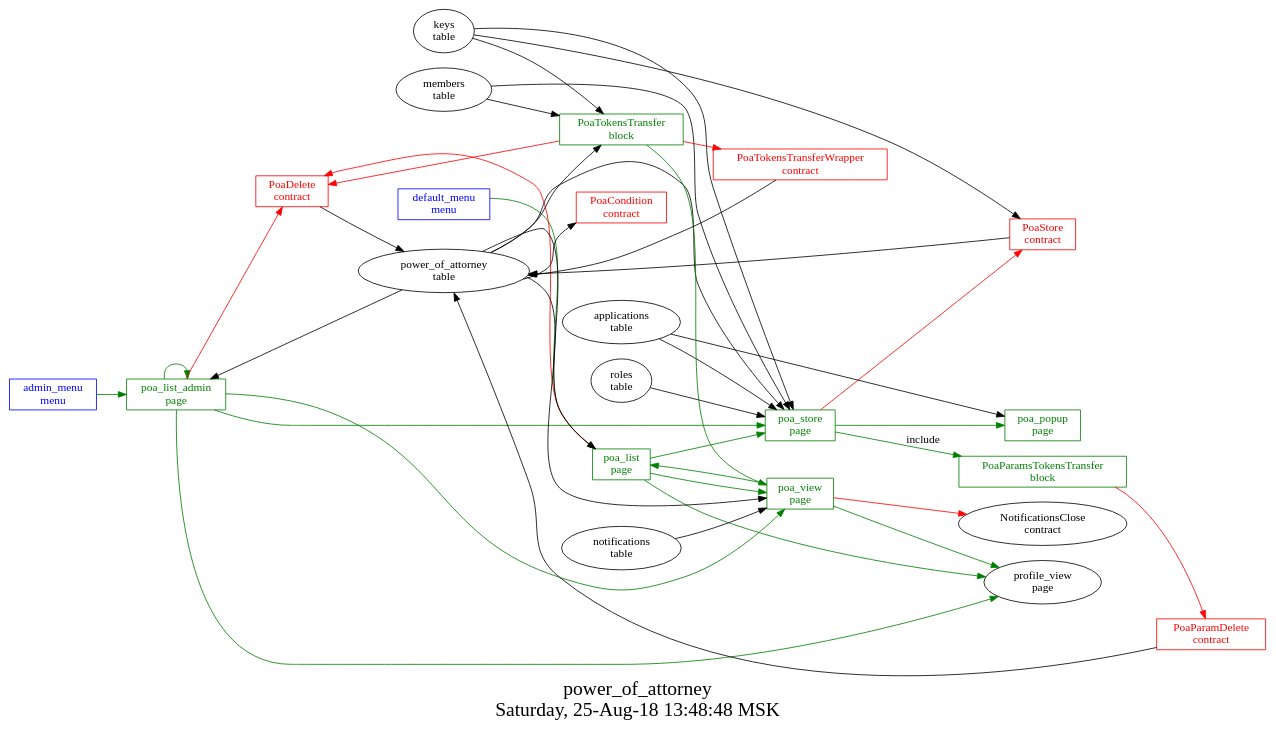
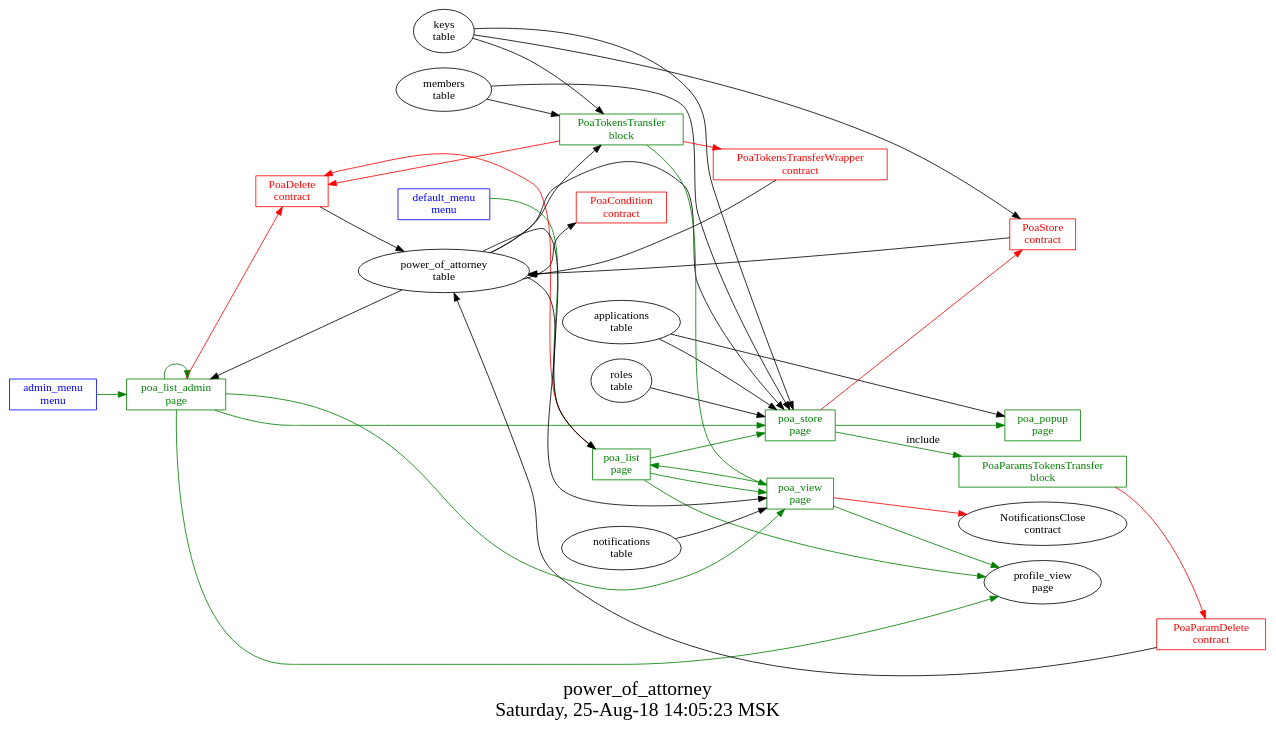
Before and after one commit to AlexZeDim/apps: the diagram in src/power_of_attorney/struct.dot, drawn with Graphviz. The commit also changed 2 other files, not shown here.

```diff
--- a/src/power_of_attorney/struct.dot
+++ b/src/power_of_attorney/struct.dot
@@ -1,65 +1,65 @@
 digraph G {
 graph [
   fontsize="24";
-  label="power_of_attorney\nSaturday, 25-Aug-18 13:48:48 MSK";
+  label="power_of_attorney\nSaturday, 25-Aug-18 14:05:23 MSK";
   nojustify=true;
   ordering=out;
   rankdir=LR;
   size="30";
 ];
 "admin_menu\nmenu" -> "poa_list_admin\npage"  [ color=green ]
 "admin_menu\nmenu" [color=blue, fontcolor=blue, group=menus, shape=record];
 "default_menu\nmenu" -> "poa_list\npage"  [ color=green ]
 "default_menu\nmenu" [color=blue, fontcolor=blue, group=menus, shape=record];
 "poa_list\npage" -> "PoaDelete\ncontract"  [ color=red ]
 "power_of_attorney\ntable" -> "poa_list\npage"
 "poa_list\npage" -> "poa_store\npage"  [ color=green ]
 "poa_list\npage" -> "poa_view\npage"  [ color=green ]
 "poa_list\npage" -> "profile_view\npage"  [ color=green ]
 "poa_list\npage" [color=green, fontcolor=green, group=pages, shape=record];
 "poa_list_admin\npage" -> "PoaDelete\ncontract"  [ color=red ]
 "power_of_attorney\ntable" -> "poa_list_admin\npage"
 "poa_list_admin\npage" -> "poa_view\npage"  [ color=green ]
 "poa_list_admin\npage" -> "poa_store\npage"  [ color=green ]
 "poa_list_admin\npage" -> "profile_view\npage"  [ color=green ]
 "poa_list_admin\npage" -> "poa_list_admin\npage"  [ color=green ]
 "poa_list_admin\npage" [color=green, fontcolor=green, group=pages, shape=record];
 "applications\ntable" -> "poa_popup\npage"
 "poa_popup\npage" [color=green, fontcolor=green, group=pages, shape=record];
 "poa_store\npage" -> "PoaStore\ncontract"  [ color=red ]
 "applications\ntable" -> "poa_store\npage"
 "roles\ntable" -> "poa_store\npage"
 "keys\ntable" -> "poa_store\npage"
 "members\ntable" -> "poa_store\npage"
 "power_of_attorney\ntable" -> "poa_store\npage"
 "poa_store\npage" -> "poa_popup\npage"  [ color=green ]
 "poa_store\npage" -> "PoaParamsTokensTransfer\nblock"  [ color=green, label=include ]
 "poa_store\npage" [color=green, fontcolor=green, group=pages, shape=record];
 "poa_view\npage" -> "NotificationsClose\ncontract"  [ color=red ]
 "notifications\ntable" -> "poa_view\npage"
 "power_of_attorney\ntable" -> "poa_view\npage"
 "poa_view\npage" -> "poa_list\npage"  [ color=green ]
 "poa_view\npage" -> "profile_view\npage"  [ color=green ]
 "poa_view\npage" [color=green, fontcolor=green, group=pages, shape=record];
 "PoaParamsTokensTransfer\nblock" -> "PoaParamDelete\ncontract"  [ color=red ]
 "PoaParamsTokensTransfer\nblock" [color=green, fontcolor=green, group=blocks, shape=record];
 "PoaTokensTransfer\nblock" -> "PoaTokensTransferWrapper\ncontract"  [ color=red ]
 "PoaTokensTransfer\nblock" -> "PoaDelete\ncontract"  [ color=red ]
 "keys\ntable" -> "PoaTokensTransfer\nblock"
 "power_of_attorney\ntable" -> "PoaTokensTransfer\nblock"
 "members\ntable" -> "PoaTokensTransfer\nblock"
 "PoaTokensTransfer\nblock" -> "poa_view\npage"  [ color=green ]
 "PoaTokensTransfer\nblock" [color=green, fontcolor=green, group=blocks, shape=record];
 "power_of_attorney\ntable" -> "PoaCondition\ncontract"
 "PoaCondition\ncontract" [color=red, fontcolor=red, group=contracts, shape=record];
 "PoaDelete\ncontract" -> "power_of_attorney\ntable"  [ color="" ]
 "PoaDelete\ncontract" [color=red, fontcolor=red, group=contracts, shape=record];
 "PoaParamDelete\ncontract" -> "power_of_attorney\ntable"  [ color="" ]
 "PoaParamDelete\ncontract" [color=red, fontcolor=red, group=contracts, shape=record];
 "PoaStore\ncontract" -> "power_of_attorney\ntable"  [ color="" ]
 "keys\ntable" -> "PoaStore\ncontract"
 "PoaStore\ncontract" [color=red, fontcolor=red, group=contracts, shape=record];
 "PoaTokensTransferWrapper\ncontract" -> "power_of_attorney\ntable"  [ color="" ]
 "PoaTokensTransferWrapper\ncontract" [color=red, fontcolor=red, group=contracts, shape=record];
 "power_of_attorney\ntable" [color="", fontcolor="", group=tables, shape=""];
 }
```
